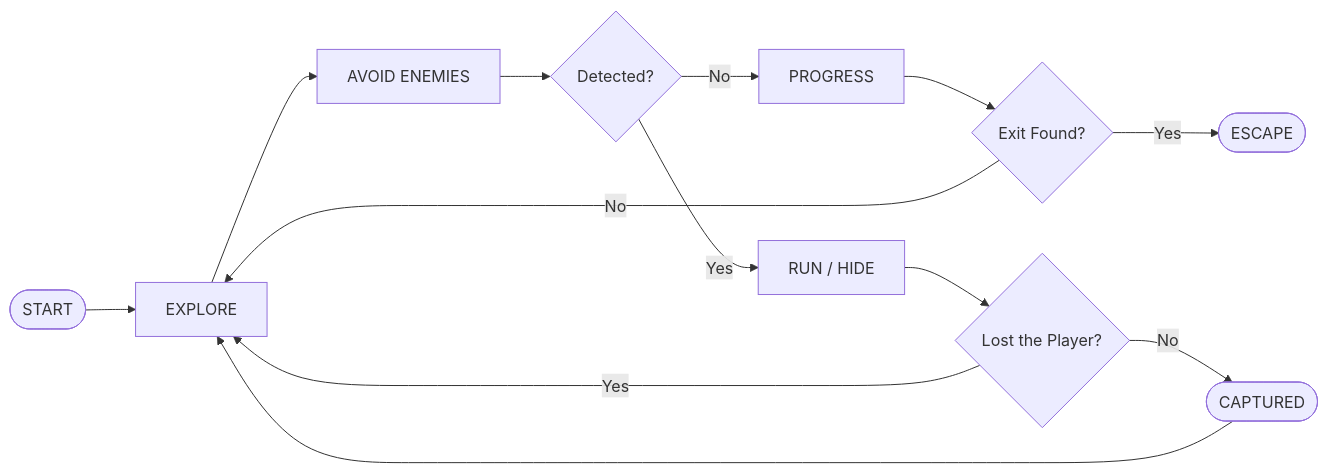
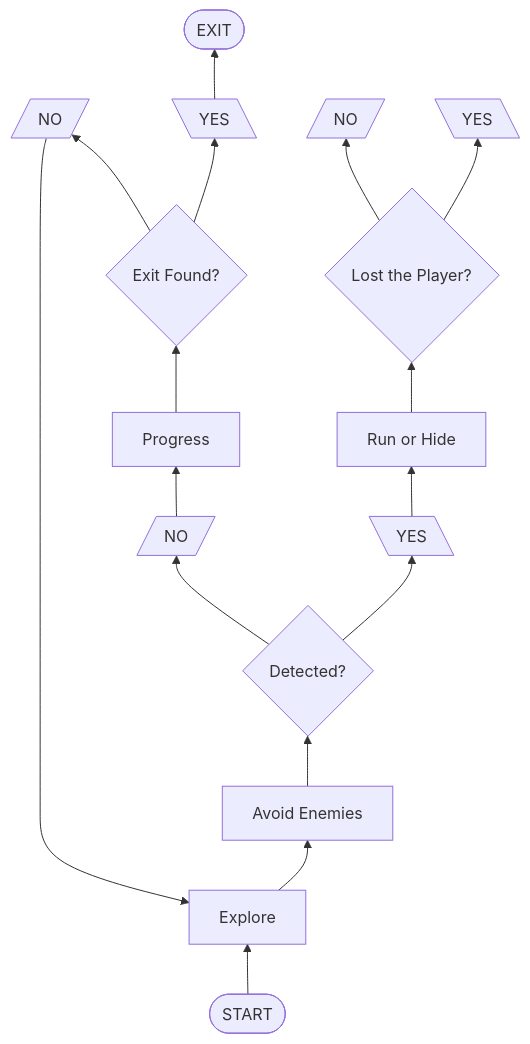
Before and after one commit to LiebPR/StayUnseen_MFA: the diagram in Documentation/GameConcept.md, drawn with Mermaid.

Commit message:
fix: Updated flowchart preview

````diff
--- a/Documentation/GameConcept.md
+++ b/Documentation/GameConcept.md
@@ -11,19 +11,18 @@
 ```mermaid
-flowchart LR
-    A([START]) --> B[EXPLORE]
-    B --> C[AVOID ENEMIES]
-    C --> D{Detected?}
-
-    D -->|No| E[PROGRESS]
-    E --> F{Exit Found?}
-
-    F -->|No| B
-    F -->|Yes| G([ESCAPE])
-
-    D -->|Yes| H[RUN / HIDE]
-    H --> I{Lost the Player?}
-
-    I -->|Yes| B
-    I -->|No| J([CAPTURED])
-    J --> B
+flowchart BT
+    n1([START]) --> n2[Explore]
+    n2 --> n3[Avoid Enemies]
+    n3 --> n4{Detected?}
+    n4 --> n5[/NO/]
+    n4 --> n6[\YES\]
+    n5 --> n7[Progress]
+    n6 --> n8[Run or Hide]
+    n7 --> n9{Exit Found?}
+    n8 --> n10{Lost the Player?}
+    n9 --> n11[/NO/]
+    n9 --> n12[\YES\]
+    n11 --> n2
+    n10 --> n13[/NO/]
+    n10 --> n14[\YES\]
+    n12 --> n15([EXIT])
 ```
````
